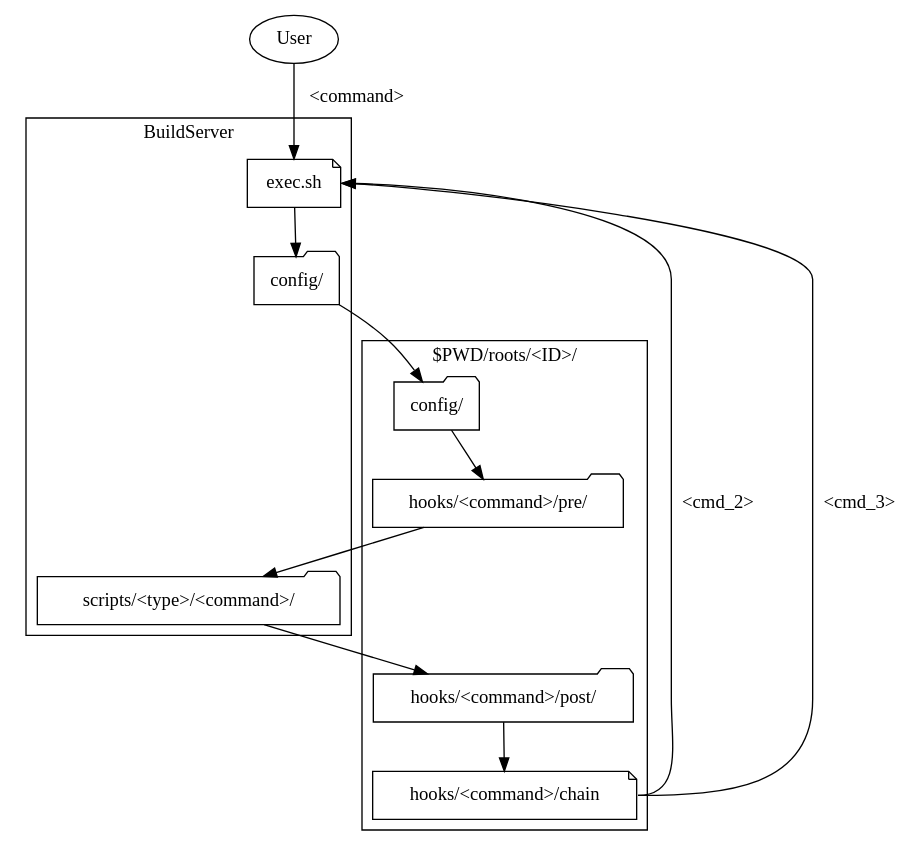
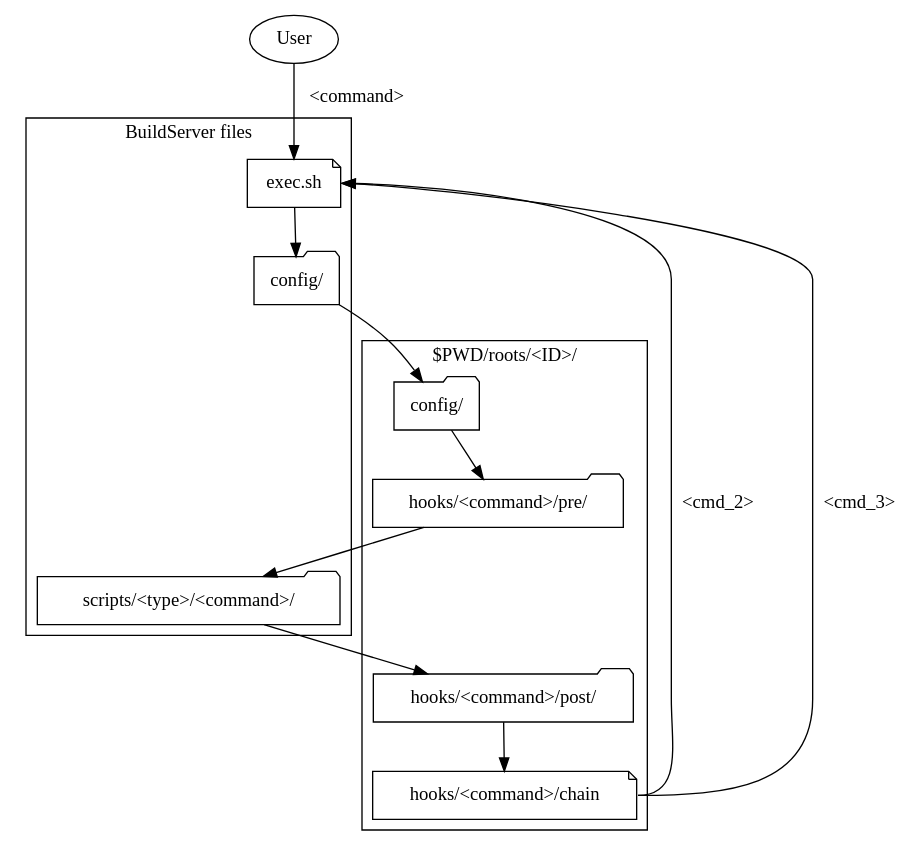
One commit to IBT-FMI/NeuroGentooProject changed the diagram in doc/graph/Scripts.dot. Above: the diagram before and after it, drawn with Graphviz. The commit also changed 4 other files, not shown here.

```diff
--- a/doc/graph/Scripts.dot
+++ b/doc/graph/Scripts.dot
@@ -1,24 +1,24 @@
 digraph{
 	rankdir=TB;
 	newrank=true;
 	User;
 	node[shape="folder"]
 	subgraph cluster0{
 		label="$PWD/roots/<ID>/";
 		Config2[label="config/"];
 		Pre[label="hooks/<command>/pre/"];
 		Post[label="hooks/<command>/post/"];
 		Chain[shape="note", label="hooks/<command>/chain"];
 	}
 	subgraph cluster1{
-		label="BuildServer";
+		label="BuildServer files";
 		Exec[shape="note",label="exec.sh"];
 		Config1[label="config/"];
 		Main[label="scripts/<type>/<command>/"];
 	}
 	User -> Exec [label="<command>"];
 	Exec -> Config1 -> Config2 -> Pre -> Main -> Post -> Chain;
 	newrank=false;
 	Chain:e -> Exec:e [label="<cmd_2>"];
 	Chain:e -> Exec:e [label="<cmd_3>"];
 }
```
